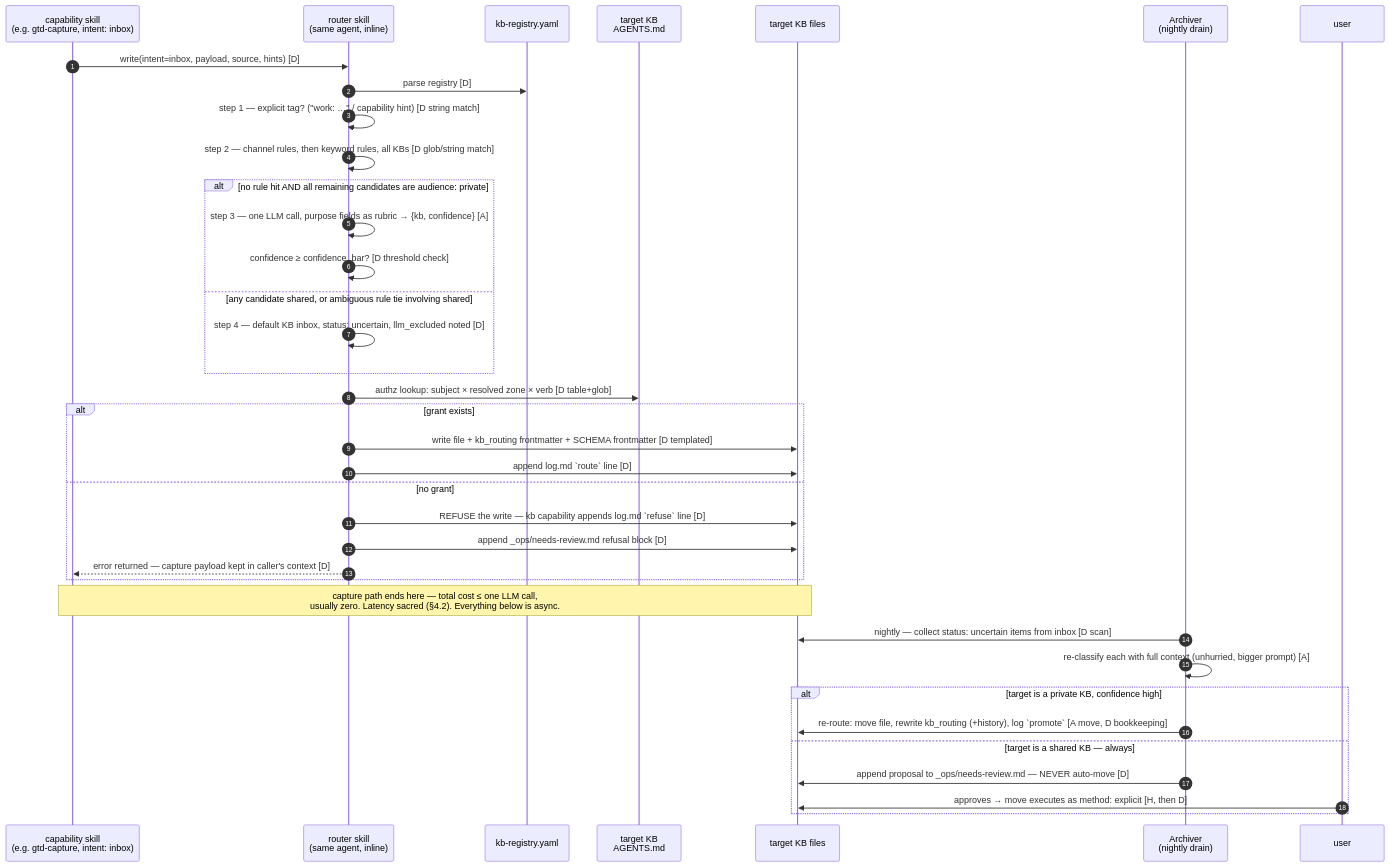
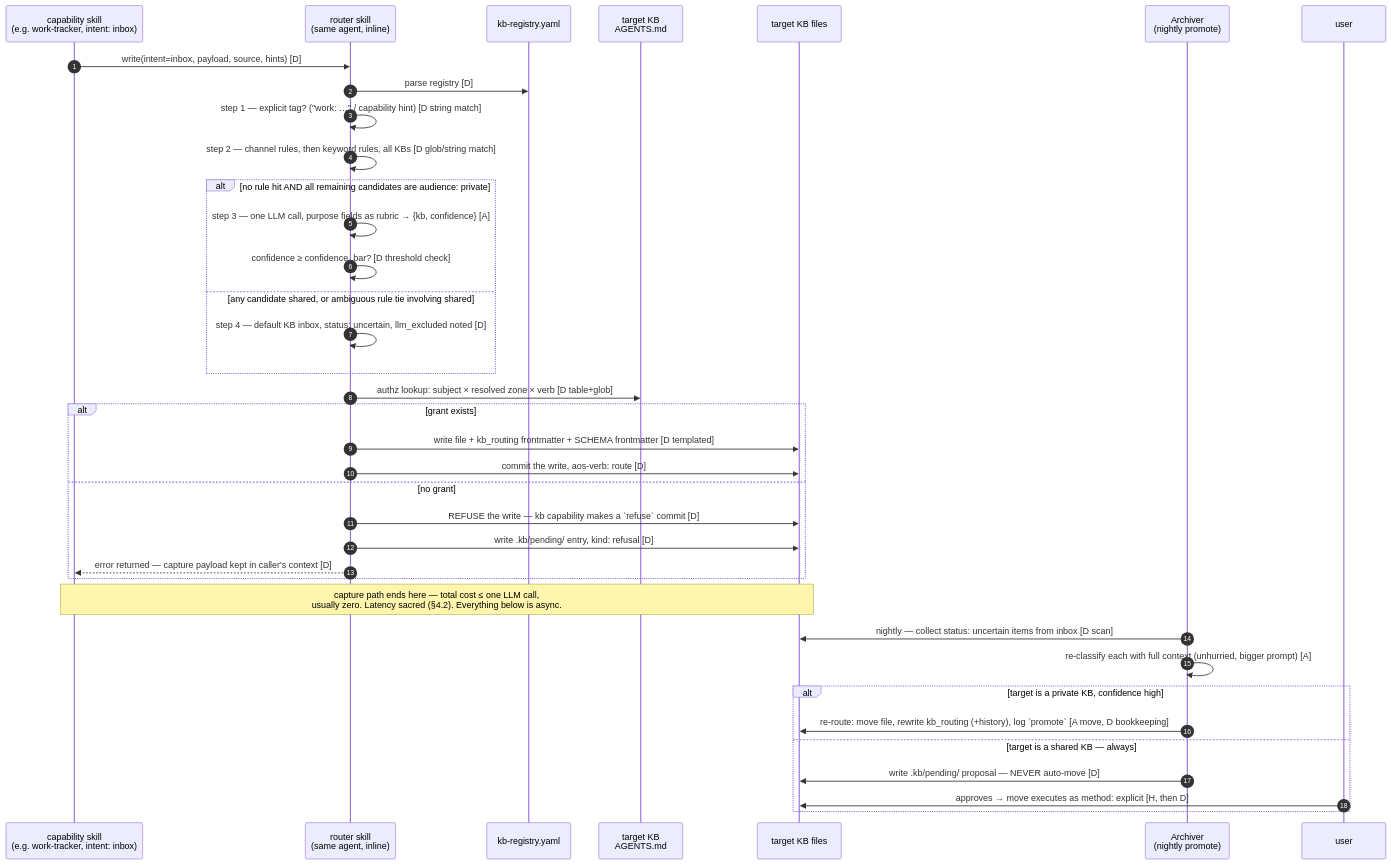
One commit to AlmogBaku/aos changed the second of 5 diagrams in design/kb-authorization.md. Above: the diagram before and after it, drawn with Mermaid. The commit also changed other lines of this file, not shown here.

````diff
--- a/design/kb-authorization.md
+++ b/design/kb-authorization.md
@@ -230,40 +248,40 @@
 ```mermaid
 sequenceDiagram
     autonumber
-    participant Cap as capability skill<br/>(e.g. gtd-capture, intent: inbox)
+    participant Cap as capability skill<br/>(e.g. work-tracker, intent: inbox)
     participant R as router skill<br/>(same agent, inline)
     participant Reg as kb-registry.yaml
     participant Gr as target KB<br/>AGENTS.md ## Grants
     participant KB as target KB files
-    participant Ar as Archiver<br/>(nightly drain)
+    participant Ar as Archiver<br/>(nightly promote)
     participant U as user
 
     Cap->>R: write(intent=inbox, payload, source, hints) [D]
     R->>Reg: parse registry [D]
     R->>R: step 1 — explicit tag? ("work: …" / capability hint) [D string match]
     R->>R: step 2 — channel rules, then keyword rules, all KBs [D glob/string match]
     alt no rule hit AND all remaining candidates are audience: private
         R->>R: step 3 — one LLM call, purpose fields as rubric → {kb, confidence} [A]
         R->>R: confidence ≥ confidence_bar? [D threshold check]
     else any candidate shared, or ambiguous rule tie involving shared
         R->>R: step 4 — default KB inbox, status: uncertain, llm_excluded noted [D]
     end
     R->>Gr: authz lookup: subject × resolved zone × verb [D table+glob]
     alt grant exists
         R->>KB: write file + kb_routing frontmatter + SCHEMA frontmatter [D templated]
-        R->>KB: append log.md `route` line [D]
+        R->>KB: commit the write, aos-verb: route [D]
     else no grant
-        R->>KB: REFUSE the write — kb capability appends log.md `refuse` line [D]
-        R->>KB: append _ops/needs-review.md refusal block [D]
+        R->>KB: REFUSE the write — kb capability makes a `refuse` commit [D]
+        R->>KB: write .kb/pending/ entry, kind: refusal [D]
         R-->>Cap: error returned — capture payload kept in caller's context [D]
     end
     Note over Cap,KB: capture path ends here — total cost ≤ one LLM call,<br/>usually zero. Latency sacred (§4.2). Everything below is async.
     Ar->>KB: nightly — collect status: uncertain items from inbox [D scan]
     Ar->>Ar: re-classify each with full context (unhurried, bigger prompt) [A]
     alt target is a private KB, confidence high
         Ar->>KB: re-route: move file, rewrite kb_routing (+history), log `promote` [A move, D bookkeeping]
     else target is a shared KB — always
-        Ar->>KB: append proposal to _ops/needs-review.md — NEVER auto-move [D]
+        Ar->>KB: write .kb/pending/ proposal — NEVER auto-move [D]
         U->>KB: approves → move executes as method: explicit [H, then D]
     end
 ```
````
